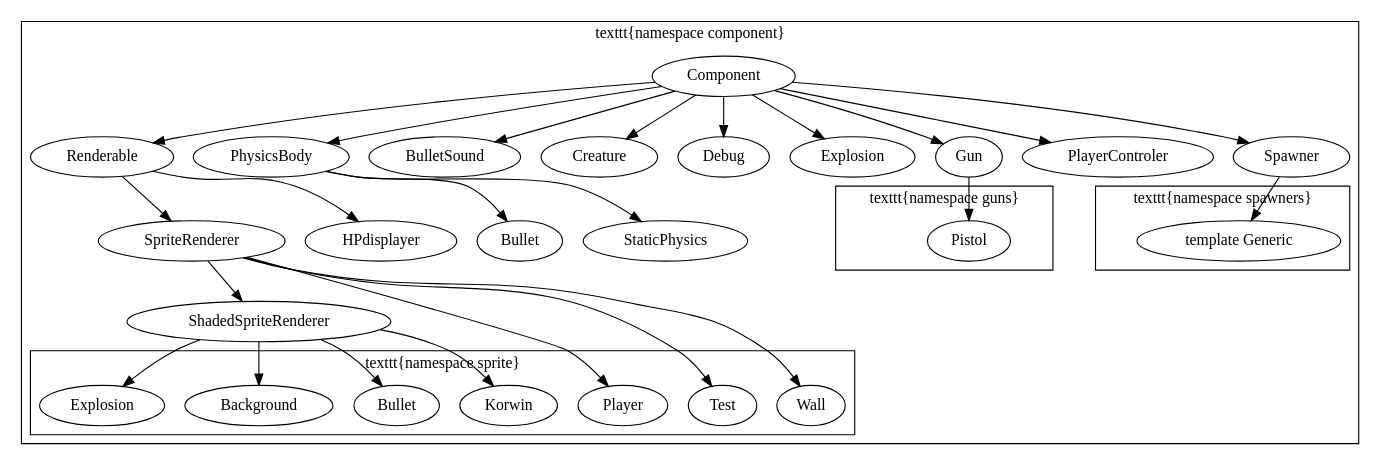
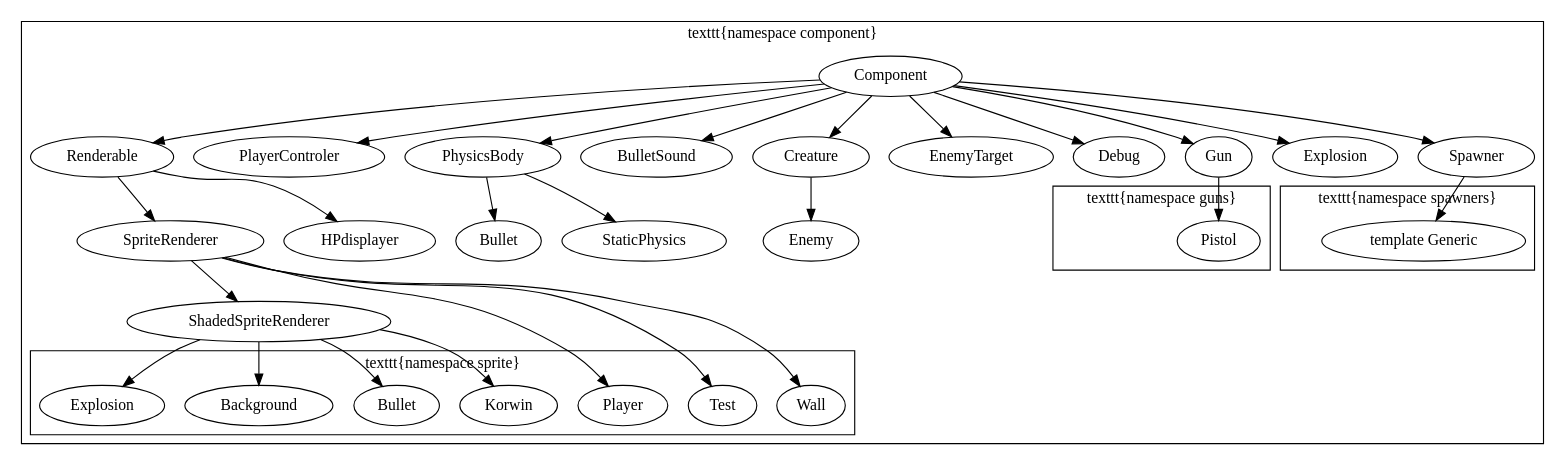
Before and after one commit to HakierGrzonzo/GrzesSFMLlib: the diagram in docs/renderable.dot, drawn with Graphviz. The commit also changed 17 other files, not shown here.

```diff
--- a/docs/renderable.dot
+++ b/docs/renderable.dot
@@ -1,67 +1,71 @@
 digraph G {
 	subgraph cluster_Component {
 		Component;
 		Renderable;
 			Component -> Renderable;
+		PlayerControler;
+			Component -> PlayerControler;
 		SpriteRenderer;
 			Renderable -> SpriteRenderer;
 		ShadedSpriteRenderer;
 			SpriteRenderer -> ShadedSpriteRenderer;
 		HPdisplayer;
 			Renderable -> HPdisplayer;
 		PhysicsBody;
 			Component -> PhysicsBody;
 		Bullet;
 			PhysicsBody -> Bullet;
 		BulletSound;
 			Component -> BulletSound;
 		Creature;
 			Component -> Creature;
+		Enemy;
+			Creature -> Enemy;
+		EnemyTarget;
+			Component -> EnemyTarget;
 		Debug;
 			Component -> Debug;
+		Gun;
+			Component -> Gun;
 		Explosion;
 			Component -> Explosion;
-		Gun;
-			Component -> Gun;
-		PlayerControler;
-			Component -> PlayerControler;
 		Spawner;
 			Component -> Spawner;
 		StaticPhysics;
 			PhysicsBody -> StaticPhysics;
 		label="\texttt{namespace component}";
 
 		subgraph cluster_Sprites {
 			Player;
 			BulletSprite [label=Bullet];
 			Background;
 			ExplosionSprite [label=Explosion];
 			Test;
 			Wall;
 			Korwin;
 			label="\texttt{namespace sprite}";
 		}
 		SpriteRenderer -> Wall;
 		SpriteRenderer -> Player;
 		SpriteRenderer -> Test;
 
 		ShadedSpriteRenderer -> BulletSprite;
 		ShadedSpriteRenderer -> Background;
 		ShadedSpriteRenderer -> ExplosionSprite;
 		ShadedSpriteRenderer -> Korwin;
 
 		subgraph cluster_Guns {
 			Pistol;
 			label="\texttt{namespace guns}"
 		}
 		Gun -> Pistol;
 
 		subgraph cluster_Spawners {
 			Generic [label="template Generic"];
 			label="\texttt{namespace spawners}"
 		}
 		Spawner -> Generic;
 
 	}
 
 }
```
